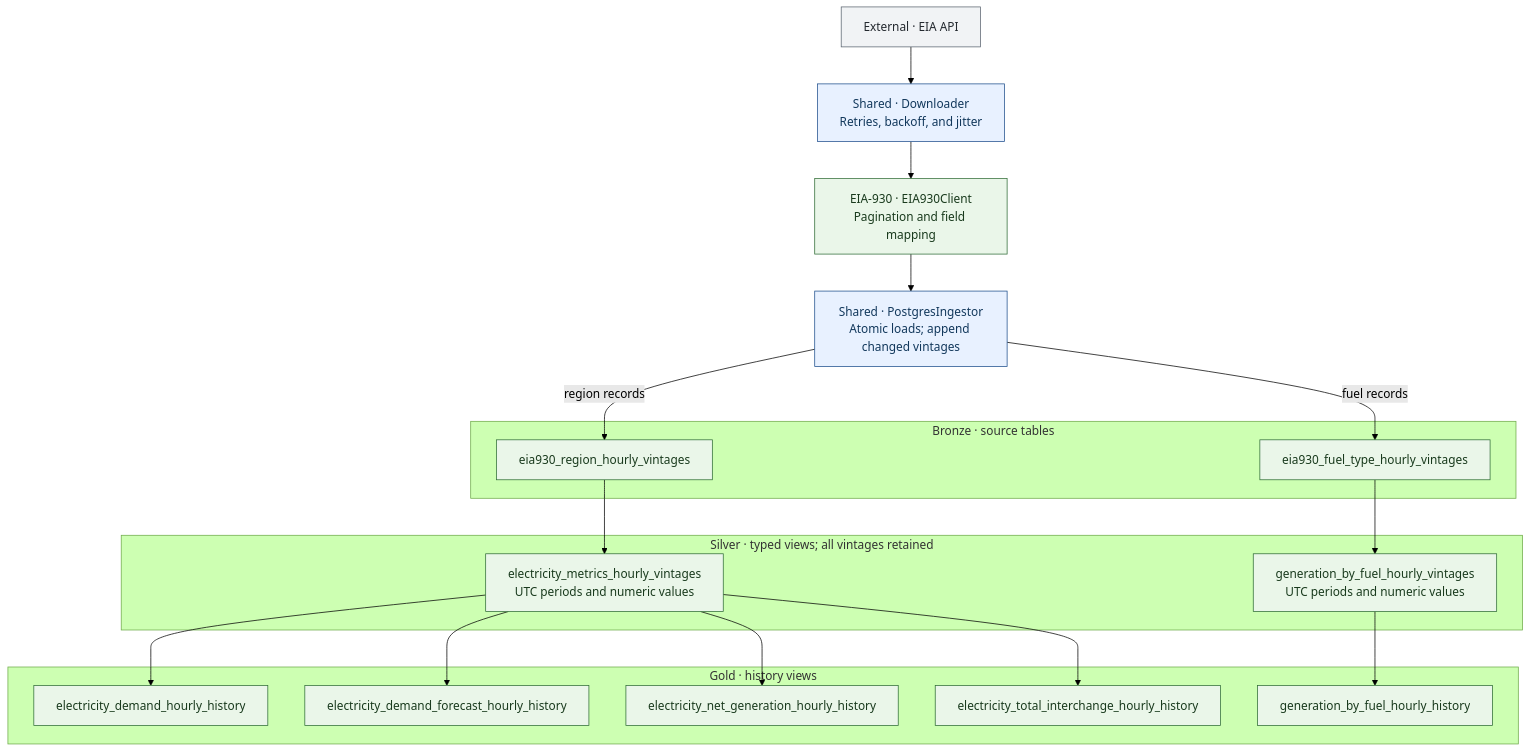
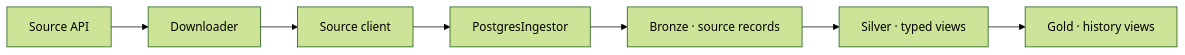
One commit to chuanbinp/data-platform changed the second of 3 diagrams in README.md. Above: the diagram before and after it, drawn with Mermaid (forest theme). The commit also changed other lines of this file and 28 other files, not shown here.

````diff
--- a/README.md
+++ b/README.md
@@ -216,41 +209,9 @@
 ```mermaid
-flowchart TD
-    api["External · EIA API"]
-    download["Shared · Downloader<br/>Retries, backoff, and jitter"]
-    client["EIA-930 · EIA930Client<br/>Pagination and field mapping"]
-    ingest["Shared · PostgresIngestor<br/>Atomic loads; append changed vintages"]
-    api --> download --> client --> ingest
-
-    subgraph bronze["Bronze · source tables"]
-        region_raw["eia930_region_hourly_vintages"]
-        fuel_raw["eia930_fuel_type_hourly_vintages"]
-    end
-    ingest -->|region records| region_raw
-    ingest -->|fuel records| fuel_raw
-
-    subgraph silver["Silver · typed views; all vintages retained"]
-        region_typed["electricity_metrics_hourly_vintages<br/>UTC periods and numeric values"]
-        fuel_typed["generation_by_fuel_hourly_vintages<br/>UTC periods and numeric values"]
-    end
-    region_raw --> region_typed
-    fuel_raw --> fuel_typed
-
-    subgraph gold["Gold · history views"]
-        demand["electricity_demand_hourly_history"]
-        forecast["electricity_demand_forecast_hourly_history"]
-        generation["electricity_net_generation_hourly_history"]
-        interchange["electricity_total_interchange_hourly_history"]
-        fuel_history["generation_by_fuel_hourly_history"]
-    end
-    region_typed --> demand
-    region_typed --> forecast
-    region_typed --> generation
-    region_typed --> interchange
-    fuel_typed --> fuel_history
-
-    classDef default fill:#eaf6e9,stroke:#2e6b35,color:#193a1d
-    classDef shared fill:#e8f1ff,stroke:#1e4e8c,color:#12385c
-    classDef external fill:#f1f3f5,stroke:#59636e,color:#24292f
-    class download,ingest shared
-    class api external
+flowchart LR
+    api["Source API"] --> download["Downloader"]
+    download --> client["Source client"]
+    client --> ingest["PostgresIngestor"]
+    ingest --> bronze["Bronze · source records"]
+    bronze --> silver["Silver · typed views"]
+    silver --> gold["Gold · history views"]
 ```
````
